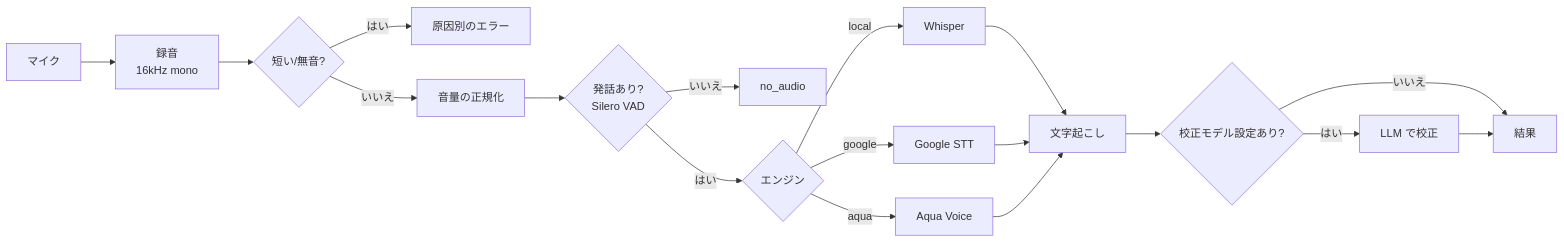
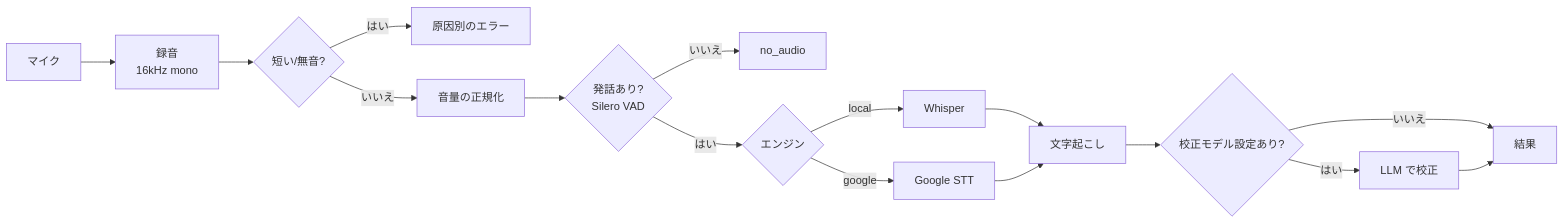
One commit to long-in/MyAssistant changed the diagram in docs/voice-input.md. Above: the diagram before and after it, drawn with Mermaid. The commit also changed other lines of this file and 7 other files, not shown here.

````diff
--- a/docs/voice-input.md
+++ b/docs/voice-input.md
@@ -7,18 +7,17 @@
 ```mermaid
 flowchart LR
   MIC["マイク"] --> REC["録音<br/>16kHz mono"]
   REC --> CHK{"短い/無音?"}
   CHK -- はい --> ERR["原因別のエラー"]
   CHK -- いいえ --> NORM["音量の正規化"]
   NORM --> VAD{"発話あり?<br/>Silero VAD"}
   VAD -- いいえ --> NOAUDIO["no_audio"]
   VAD -- はい --> ENG{"エンジン"}
   ENG -- local --> W["Whisper"]
   ENG -- google --> G["Google STT"]
-  ENG -- aqua --> A["Aqua Voice"]
-  W & G & A --> TXT["文字起こし"]
+  W & G --> TXT["文字起こし"]
   TXT --> PR{"校正モデル設定あり?"}
   PR -- はい --> LLM["LLM で校正"]
   PR -- いいえ --> OUT["結果"]
   LLM --> OUT
 ```
````
